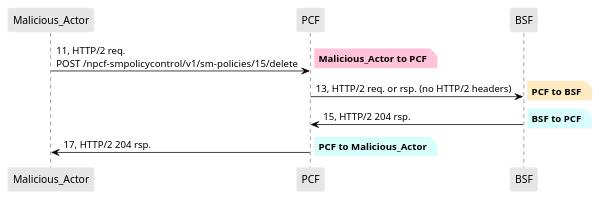
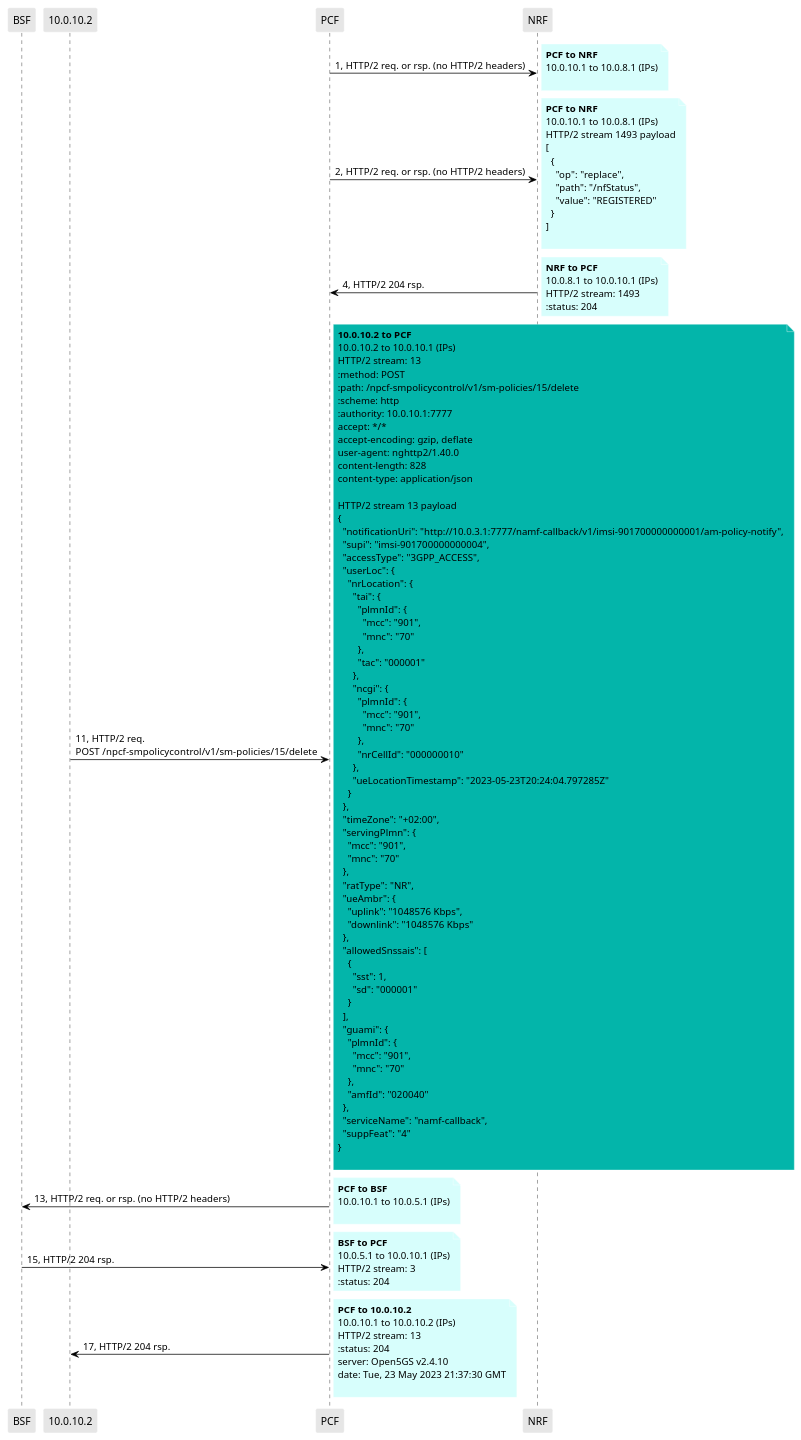
One commit to lilyhuegerich/5G changed the diagram in PCAPS/Core/delete_pcf_binding_OS.puml. Above: the diagram before and after it, drawn with PlantUML. The commit also changed 9 other files, not shown here.

```diff
--- a/PCAPS/Core/delete_pcf_binding_OS.puml
+++ b/PCAPS/Core/delete_pcf_binding_OS.puml
@@ -1,39 +1,147 @@
 @startuml
 skinparam shadowing false
 skinparam NoteBorderColor white
 skinparam sequence {
     ArrowColor black
     LifeLineBorderColor black
     LifeLineBackgroundColor black
     ParticipantBorderColor white
     ParticipantBackgroundColor #e6e6e6
 }
-participant "Malicious_Actor"
+participant "BSF"
+participant "10.0.10.2"
 participant "PCF"
-participant "BSF"
+participant "NRF"
 
-"Malicious_Actor" -> "PCF": 11, HTTP/2 req.\nPOST  /npcf-smpolicycontrol/v1/sm-policies/15/delete
+"PCF" -> "NRF": 1, HTTP/2 req. or rsp. (no HTTP/2 headers)
 
-note right #FFC2D9
-**Malicious_Actor to PCF**
+note right #D7FEFC
+**PCF to NRF**
+10.0.10.1 to 10.0.8.1 (IPs)
+
+end note
+
+"PCF" -> "NRF": 2, HTTP/2 req. or rsp. (no HTTP/2 headers)
+
+note right #D7FEFC
+**PCF to NRF**
+10.0.10.1 to 10.0.8.1 (IPs)
+HTTP/2 stream 1493 payload
+[
+  {
+    "op": "replace",
+    "path": "/nfStatus",
+    "value": "REGISTERED"
+  }
+]
+
+end note
+
+"NRF" -> "PCF": 4, HTTP/2 204 rsp.
+
+note right #D7FEFC
+**NRF to PCF**
+10.0.8.1 to 10.0.10.1 (IPs)
+HTTP/2 stream: 1493
+:status: 204
+end note
+
+"10.0.10.2" -> "PCF": 11, HTTP/2 req.\nPOST  /npcf-smpolicycontrol/v1/sm-policies/15/delete
+
+note right #03B5AA
+**10.0.10.2 to PCF**
+10.0.10.2 to 10.0.10.1 (IPs)
+HTTP/2 stream: 13
+:method: POST
+:path: /npcf-smpolicycontrol/v1/sm-policies/15/delete
+:scheme: http
+:authority: 10.0.10.1:7777
+accept: */*
+accept-encoding: gzip, deflate
+user-agent: nghttp2/1.40.0
+content-length: 828
+content-type: application/json
+
+HTTP/2 stream 13 payload
+{
+  "notificationUri": "http://10.0.3.1:7777/namf-callback/v1/imsi-901700000000001/am-policy-notify",
+  "supi": "imsi-901700000000004",
+  "accessType": "3GPP_ACCESS",
+  "userLoc": {
+    "nrLocation": {
+      "tai": {
+        "plmnId": {
+          "mcc": "901",
+          "mnc": "70"
+        },
+        "tac": "000001"
+      },
+      "ncgi": {
+        "plmnId": {
+          "mcc": "901",
+          "mnc": "70"
+        },
+        "nrCellId": "000000010"
+      },
+      "ueLocationTimestamp": "2023-05-23T20:24:04.797285Z"
+    }
+  },
+  "timeZone": "+02:00",
+  "servingPlmn": {
+    "mcc": "901",
+    "mnc": "70"
+  },
+  "ratType": "NR",
+  "ueAmbr": {
+    "uplink": "1048576 Kbps",
+    "downlink": "1048576 Kbps"
+  },
+  "allowedSnssais": [
+    {
+      "sst": 1,
+      "sd": "000001"
+    }
+  ],
+  "guami": {
+    "plmnId": {
+      "mcc": "901",
+      "mnc": "70"
+    },
+    "amfId": "020040"
+  },
+  "serviceName": "namf-callback",
+  "suppFeat": "4"
+}
+
 end note
 
 "PCF" -> "BSF": 13, HTTP/2 req. or rsp. (no HTTP/2 headers)
 
-note right #FFEAC2
+note right #D7FEFC
 **PCF to BSF**
+10.0.10.1 to 10.0.5.1 (IPs)
+
 end note
 
 "BSF" -> "PCF": 15, HTTP/2 204 rsp.
 
 note right #D7FEFC
 **BSF to PCF**
+10.0.5.1 to 10.0.10.1 (IPs)
+HTTP/2 stream: 3
+:status: 204
 end note
 
-"PCF" -> "Malicious_Actor": 17, HTTP/2 204 rsp.
+"PCF" -> "10.0.10.2": 17, HTTP/2 204 rsp.
 
 note right #D7FEFC
-**PCF to Malicious_Actor**
+**PCF to 10.0.10.2**
+10.0.10.1 to 10.0.10.2 (IPs)
+HTTP/2 stream: 13
+:status: 204
+server: Open5GS v2.4.10
+date: Tue, 23 May 2023 21:37:30 GMT
+
 end note
 
 @enduml
```
